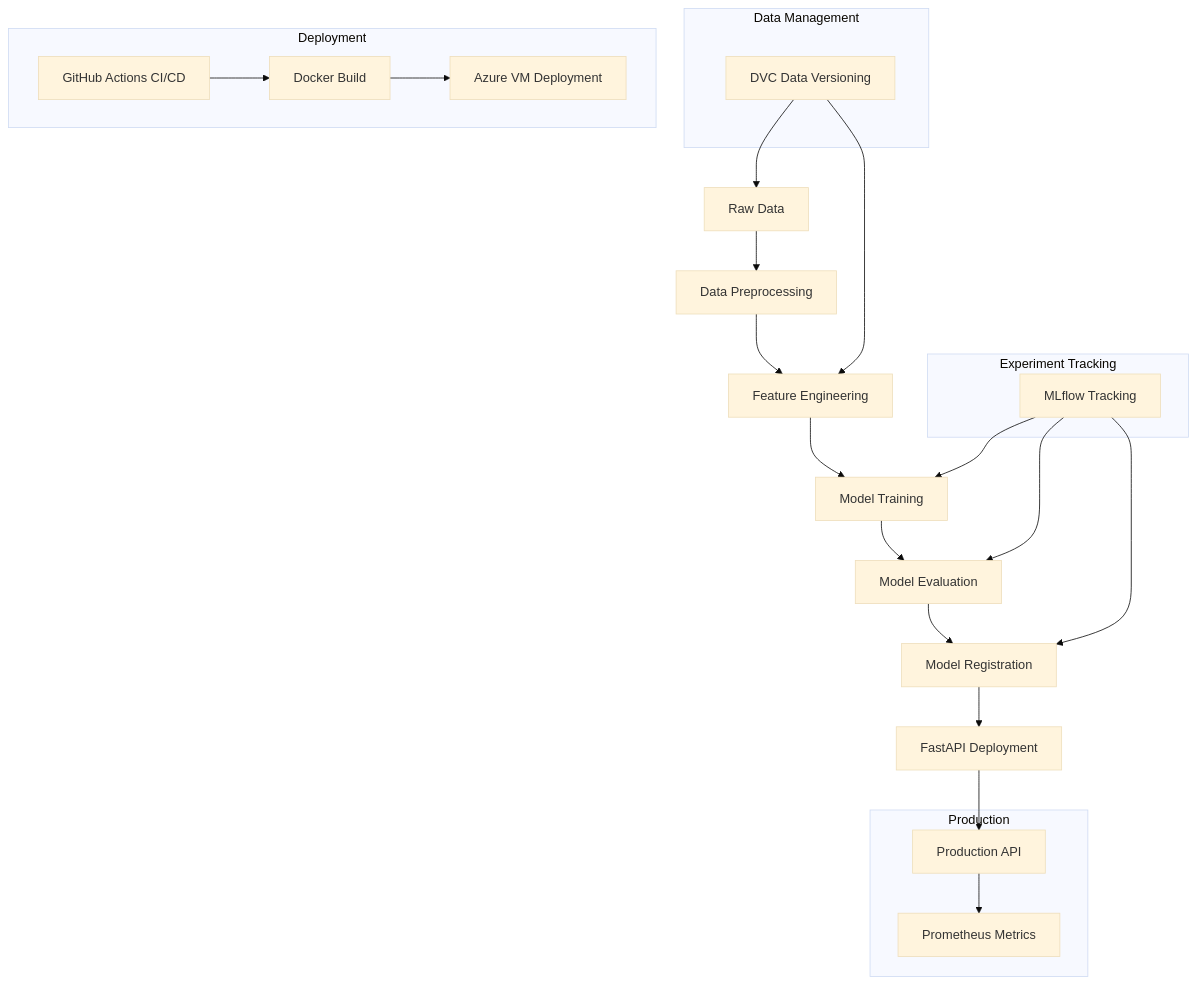
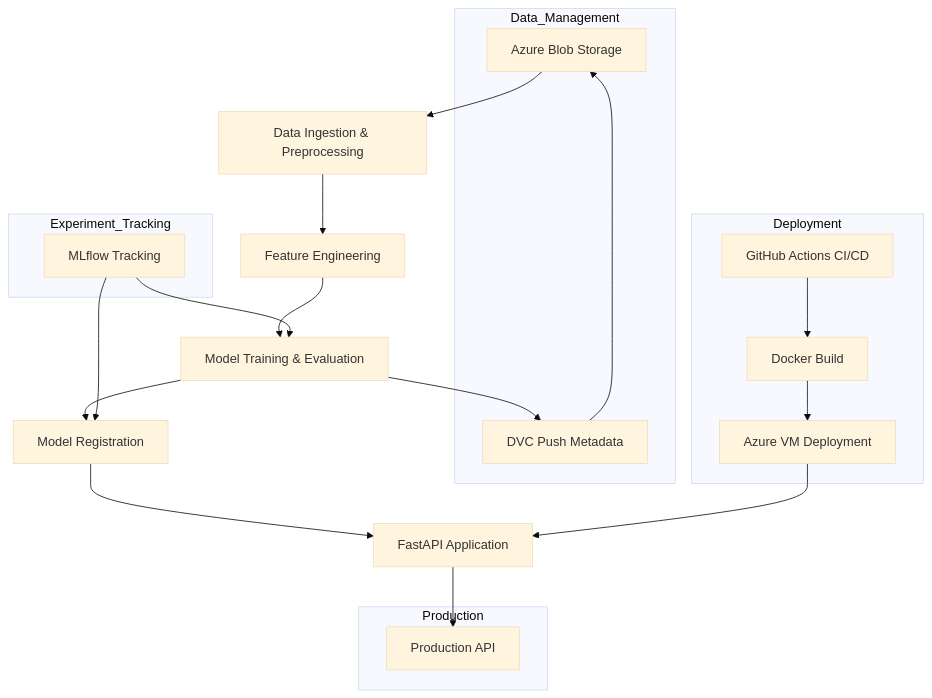
The first of 2 diagrams in README.md (rohitkr8527/sentiment-analysis), drawn with Mermaid (base theme) before and after one commit. The commit also changed other lines of this file, not shown here.

Commit message:
Update README[ skip ci]

````diff
--- a/README.md
+++ b/README.md
@@ -51,41 +60,42 @@
 ```mermaid
 graph TB
-    A[Raw Data] --> B[Data Preprocessing]
+    %% Data Flow
+    A[Azure Blob Storage] --> B[Data Ingestion & Preprocessing]
     B --> C[Feature Engineering]
-    C --> D[Model Training]
-    D --> E[Model Evaluation]
-    E --> F[Model Registration]
-    F --> G[FastAPI Deployment]
-    
-    H[MLflow Tracking] --> D
-    H --> E
-    H --> F
-    
-    I[DVC Data Versioning] --> A
-    I --> C
-    
+    C --> D[Model Training & Evaluation]
+    D --> E[Model Registration]
+    E --> F[FastAPI Application]
+    F --> G[Production API]
+    D --> H[DVC Push Metadata]
+    H --> A
+
+    %% Experiment Tracking
+    I[MLflow Tracking] --> D
+    I --> E
+
+    %% CI/CD & Deployment
     J[GitHub Actions CI/CD] --> K[Docker Build]
     K --> L[Azure VM Deployment]
-    
-    G --> M[Production API]
-    M --> N[Prometheus Metrics]
-    
-    subgraph "Experiment Tracking"
-        H
+    L --> F
+
+    %% Subgraphs
+    subgraph Data_Management
+    A
+    H
     end
-    
-    subgraph "Data Management"
-        I
+
+    subgraph Experiment_Tracking
+    I
     end
-    
-    subgraph "Deployment"
-        J
-        K
-        L
+
+    subgraph Deployment
+    J
+    K
+    L
     end
-    
-    subgraph "Production"
-        M
-        N
+
+    subgraph Production
+    G
     end
+
 ```
````
